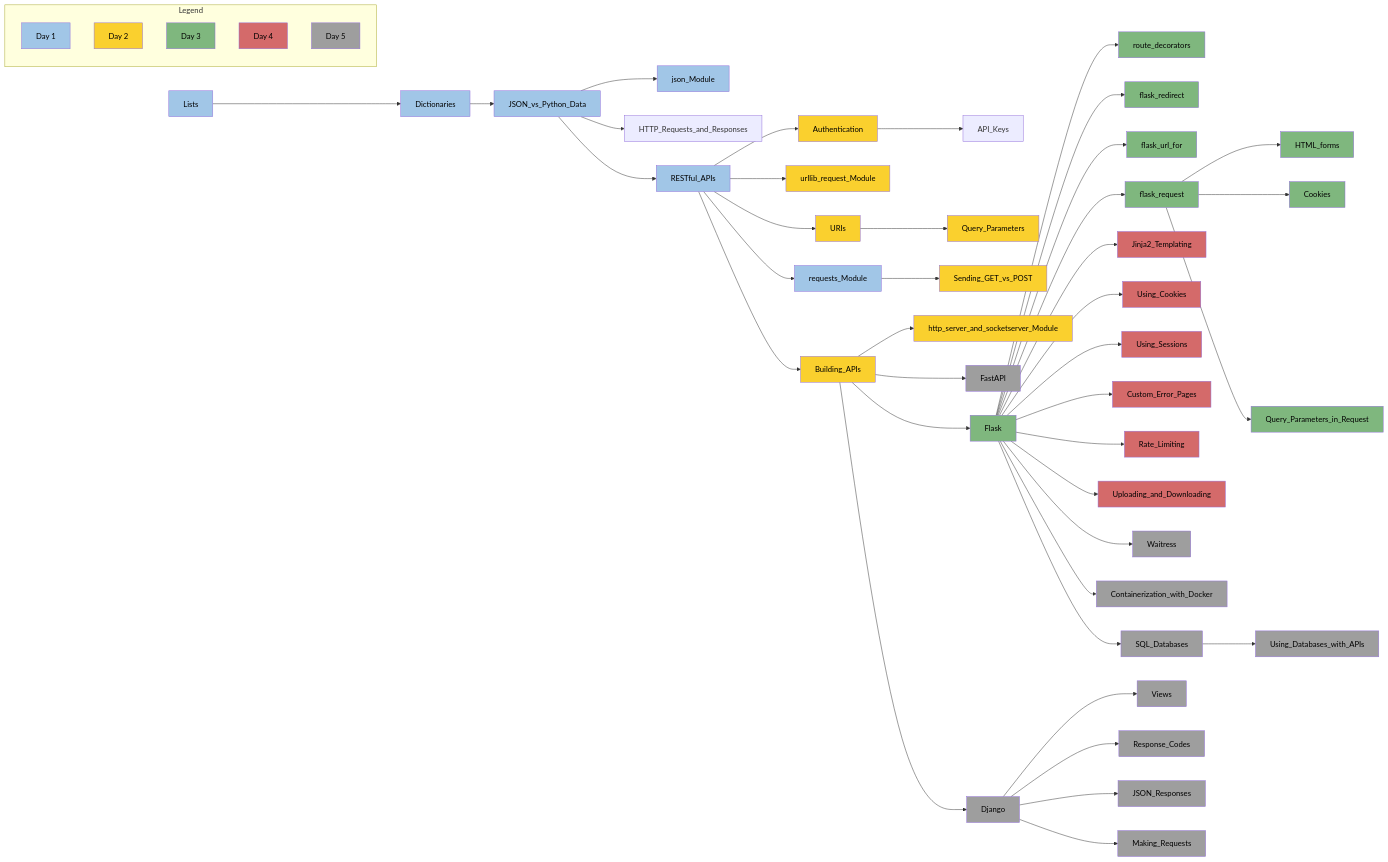
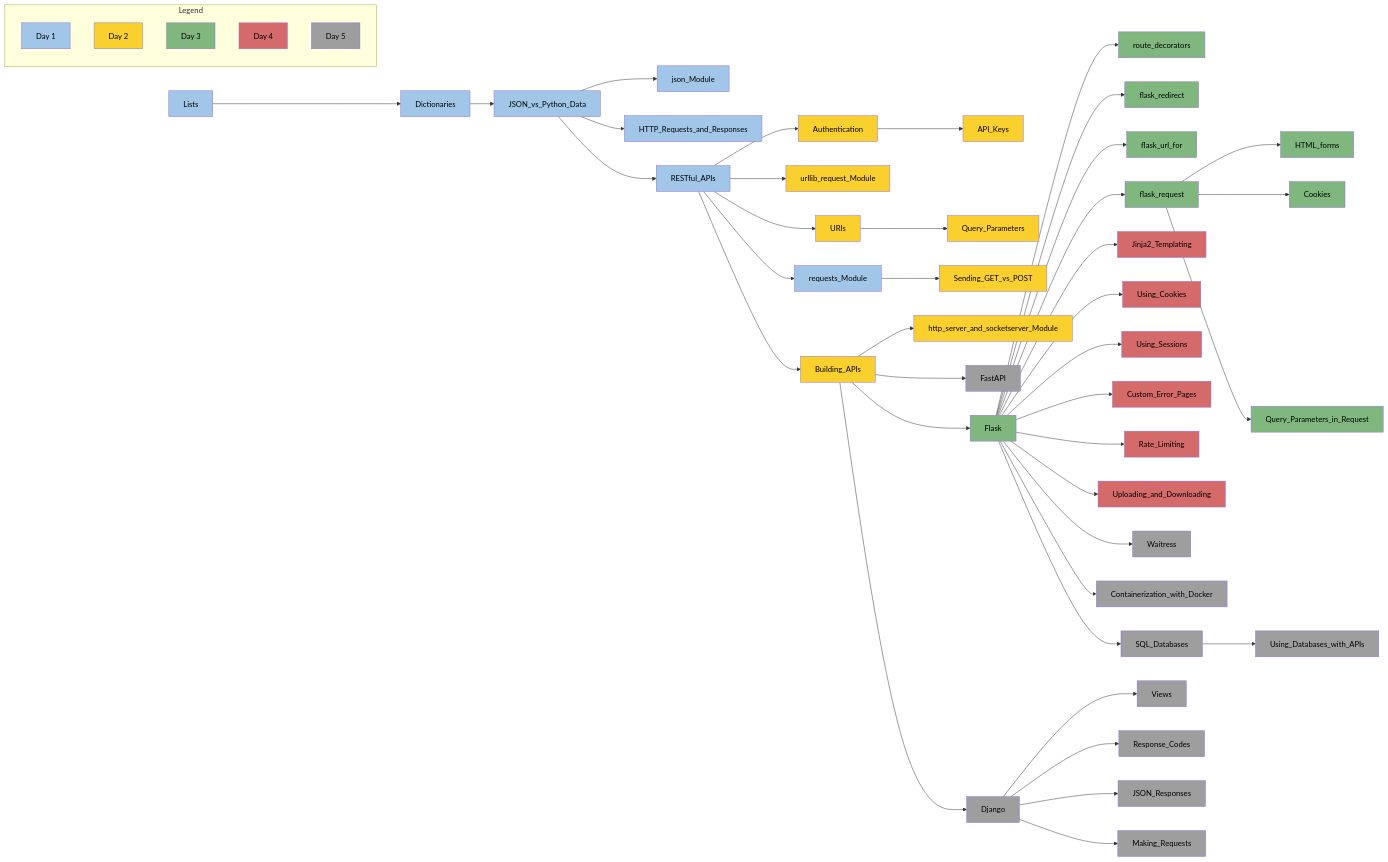
Before and after one commit to csfeeser/Python: the diagram in pyapi_mermaid.md, drawn with Mermaid.

```diff
--- a/pyapi_mermaid.md
+++ b/pyapi_mermaid.md
@@ -80,6 +80,7 @@
     style json_Module fill:#A1C6E7,color:black
     style RESTful_APIs fill:#A1C6E7,color:black
     style requests_Module fill:#A1C6E7,color:black
+    style HTTP_Requests_and_Responses fill:#A1C6E7,color:black
 
     %% Day 2 - #FAD02E
     style urllib_request_Module fill:#FAD02E,color:black
@@ -89,6 +90,7 @@
     style Sending_GET_vs_POST fill:#FAD02E,color:black
     style Building_APIs fill:#FAD02E,color:black
     style http_server_and_socketserver_Module fill:#FAD02E,color:black
+    style API_Keys fill:#FAD02E,color:black
 
     %% Day 3 - #7FB77E
     style Flask fill:#7FB77E,color:black
```
